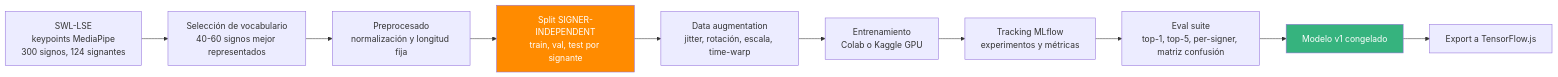
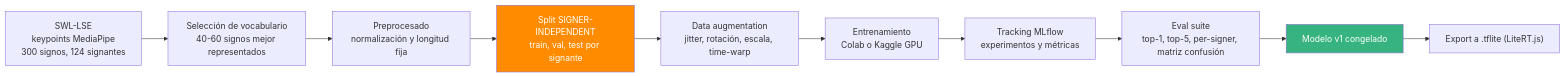
Before and after one commit to danielgs29/reconocedor-lse: the second of 3 diagrams in ARQUITECTURA.md, drawn with Mermaid. The commit also changed other lines of this file and 3 other files, not shown here.

First line of the commit message:
Exporta el modelo a .tflite para el navegador con LiteRT.js

````diff
--- a/ARQUITECTURA.md
+++ b/ARQUITECTURA.md
@@ -39,15 +39,15 @@
 ```mermaid
 flowchart LR
     A["SWL-LSE<br/>keypoints MediaPipe<br/>300 signos, 124 signantes"] --> B["Selección de vocabulario<br/>40-60 signos mejor representados"]
     B --> C["Preprocesado<br/>normalización y longitud fija"]
     C --> D["Split SIGNER-INDEPENDENT<br/>train, val, test por signante"]
     D --> E["Data augmentation<br/>jitter, rotación, escala, time-warp"]
     E --> F["Entrenamiento<br/>Colab o Kaggle GPU"]
     F --> G["Tracking MLflow<br/>experimentos y métricas"]
     G --> H["Eval suite<br/>top-1, top-5, per-signer, matriz confusión"]
     H --> I["Modelo v1 congelado"]
-    I --> J["Export a TensorFlow.js"]
+    I --> J["Export a .tflite (LiteRT.js)"]
 
     style D fill:#FF8B00,color:#fff
     style I fill:#36B37E,color:#fff
 ```
````
